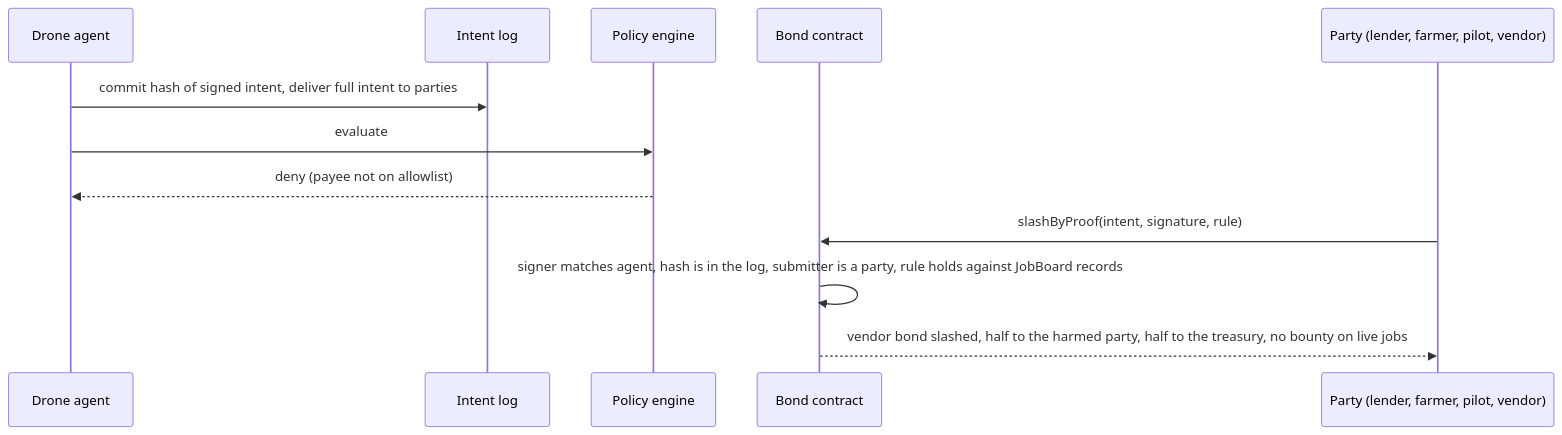
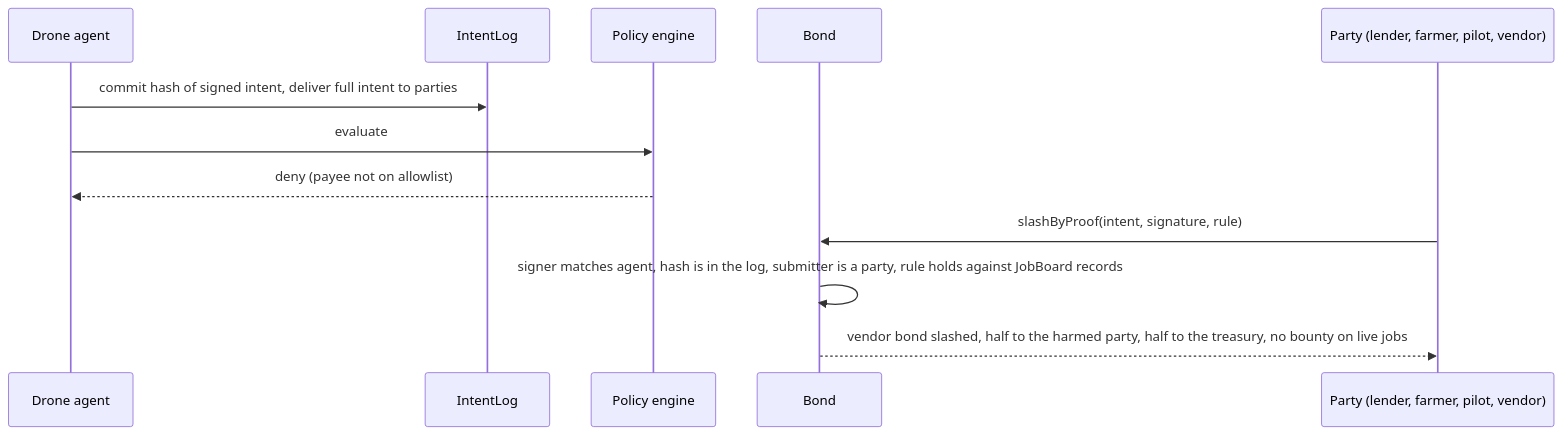
The fourth of 5 diagrams in README.md (KarinaKKarinaK/shenzhen-fintechathon), drawn with Mermaid before and after one commit. The commit also changed other lines of this file and 8 other files, not shown here.

Commit message:
Contracts deployed and verified on Base Sepolia: deploy script, addresses, Evidence page links; README rewritten with architecture, rule and endpoint tables

````diff
--- a/README.md
+++ b/README.md
@@ -81,14 +161,14 @@
 ```mermaid
 sequenceDiagram
   participant A as Drone agent
-  participant G as Intent log
+  participant G as IntentLog
   participant E as Policy engine
-  participant B as Bond contract
+  participant B as Bond
   participant P as Party (lender, farmer, pilot, vendor)
   A->>G: commit hash of signed intent, deliver full intent to parties
   A->>E: evaluate
   E-->>A: deny (payee not on allowlist)
   P->>B: slashByProof(intent, signature, rule)
   B->>B: signer matches agent, hash is in the log, submitter is a party, rule holds against JobBoard records
   B-->>P: vendor bond slashed, half to the harmed party, half to the treasury, no bounty on live jobs
 ```
````
